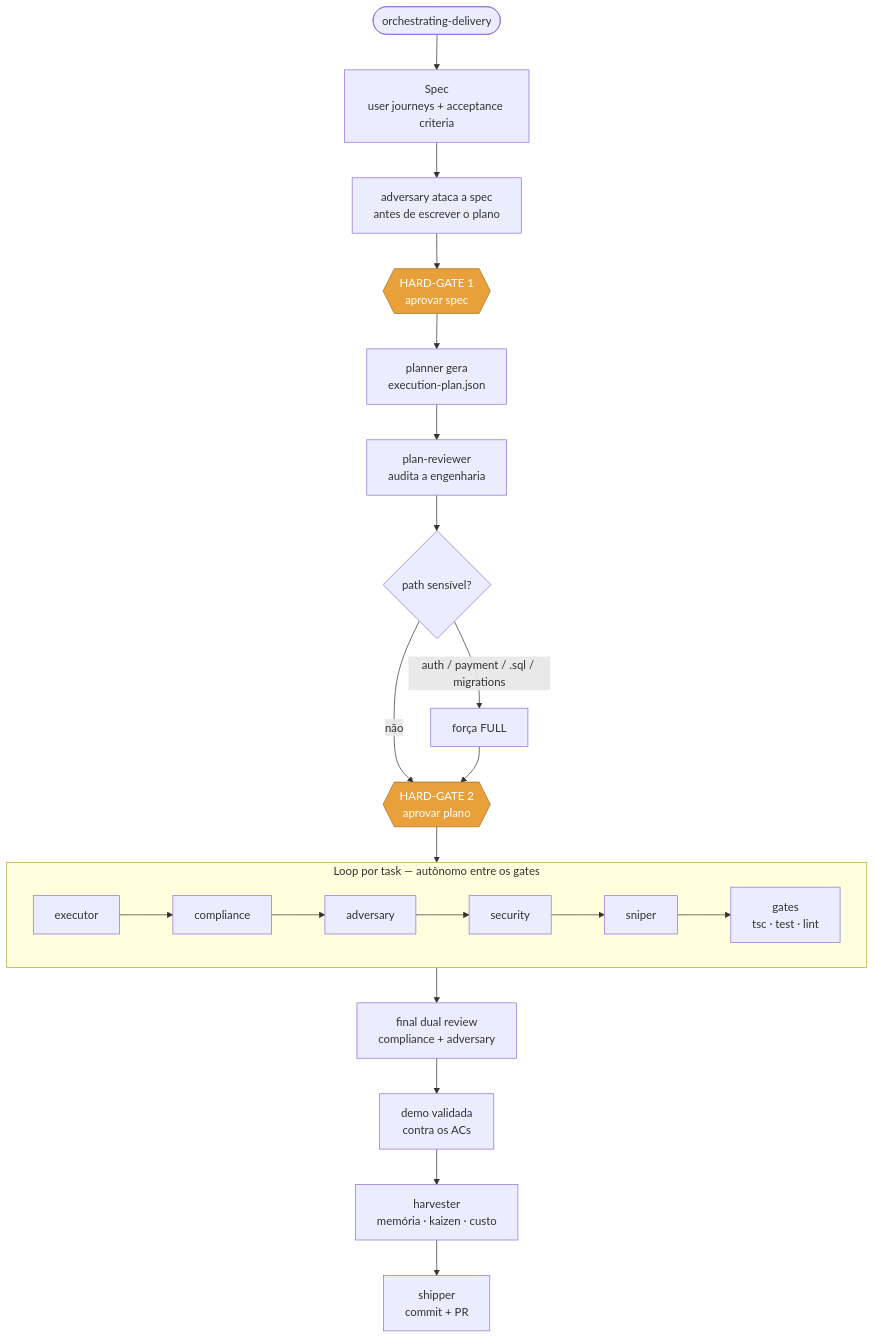
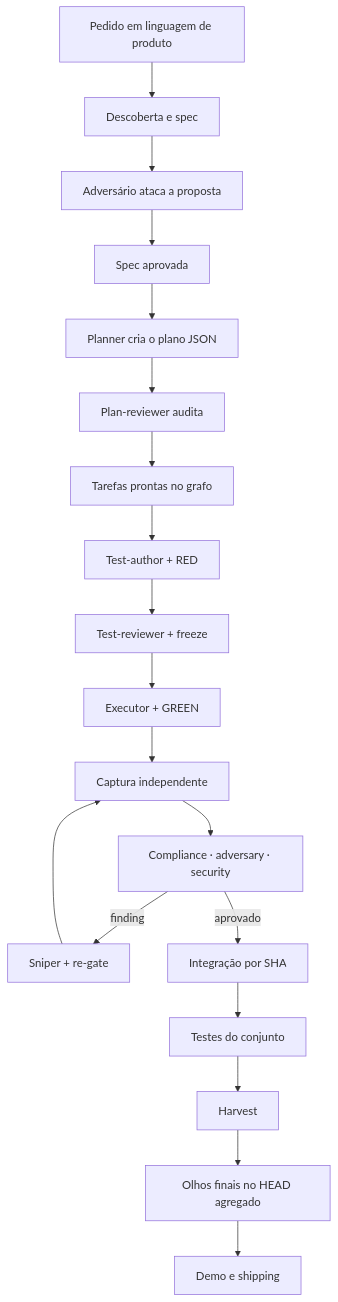
One commit to orobsonn/claude-harness changed the third of 4 diagrams in README.md. Above: the diagram before and after it, drawn with Mermaid. The commit also changed other lines of this file and 5 other files, not shown here.

Commit message:
docs: explain harness architecture and daily workflow

````diff
--- a/README.md
+++ b/README.md
@@ -44,26 +450,21 @@
 ```mermaid
 flowchart TD
-    OD([orchestrating-delivery]) --> SPEC[Spec<br/>user journeys + acceptance criteria]
-    SPEC --> ADV1[adversary ataca a spec<br/>antes de escrever o plano]
-    ADV1 --> G1{{HARD-GATE 1<br/>aprovar spec}}
-    G1 --> PLAN[planner gera<br/>execution-plan.json]
-    PLAN --> PRV[plan-reviewer<br/>audita a engenharia]
-    PRV --> SP{path sensível?}
-    SP -->|auth / payment / .sql / migrations| FORCE[força FULL]
-    SP -->|não| G2
-    FORCE --> G2{{HARD-GATE 2<br/>aprovar plano}}
-    G2 --> LOOP
-
-    subgraph LOOP ["Loop por task — autônomo entre os gates"]
-        direction LR
-        EX[executor] --> CO[compliance] --> AD[adversary] --> SE[security] --> SN[sniper] --> GA[gates<br/>tsc · test · lint]
-    end
-
-    LOOP --> FDR[final dual review<br/>compliance + adversary]
-    FDR --> DEMO[demo validada<br/>contra os ACs]
-    DEMO --> HARV[harvester<br/>memória · kaizen · custo]
-    HARV --> SHIP[shipper<br/>commit + PR]
-
-    classDef hard fill:#e8a13a,stroke:#a8701b,color:#fff;
-    class G1,G2 hard;
+    A[Pedido em linguagem de produto] --> B[Descoberta e spec]
+    B --> C[Adversário ataca a proposta]
+    C --> D[Spec aprovada]
+    D --> E[Planner cria o plano JSON]
+    E --> F[Plan-reviewer audita]
+    F --> G[Tarefas prontas no grafo]
+    G --> H[Test-author + RED]
+    H --> I[Test-reviewer + freeze]
+    I --> J[Executor + GREEN]
+    J --> K[Captura independente]
+    K --> L[Compliance · adversary · security]
+    L -->|finding| M[Sniper + re-gate]
+    M --> K
+    L -->|aprovado| N[Integração por SHA]
+    N --> O[Testes do conjunto]
+    O --> P[Harvest]
+    P --> Q[Olhos finais no HEAD agregado]
+    Q --> R[Demo e shipping]
 ```
````
